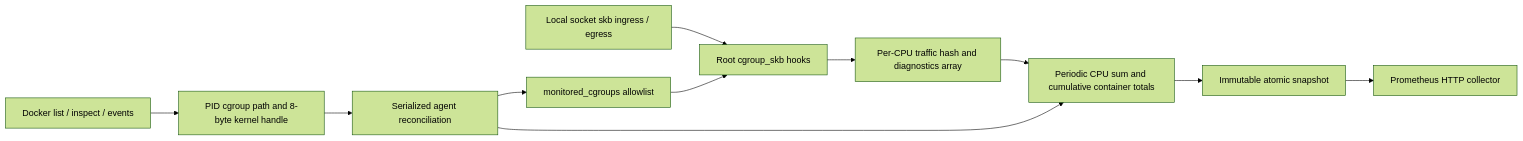
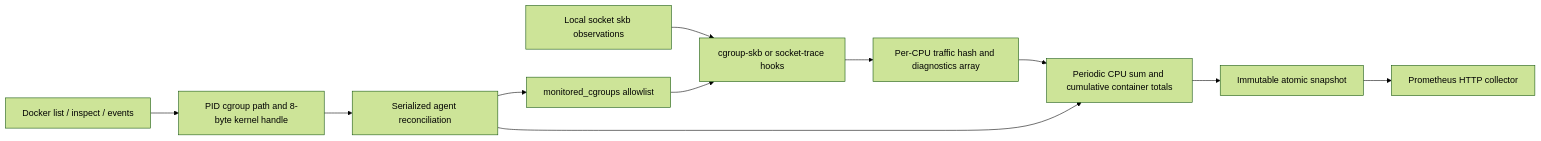
The diagram in docs/architecture.md (AllenxuX/luna-ebpf), drawn with Mermaid (forest theme) before and after one commit. The commit also changed other lines of this file and 45 other files, not shown here.

Commit message:
feat: support cgroup v1 socket-based traffic collection

````diff
--- a/docs/architecture.md
+++ b/docs/architecture.md
@@ -3,13 +3,13 @@
 ```mermaid
 flowchart LR
   D[Docker list / inspect / events] --> R[PID cgroup path and 8-byte kernel handle]
   R --> A[Serialized agent reconciliation]
   A --> L[monitored_cgroups allowlist]
-  S[Local socket skb ingress / egress] --> B[Root cgroup_skb hooks]
+  S[Local socket skb observations] --> B[cgroup-skb or socket-trace hooks]
   L --> B
   B --> T[Per-CPU traffic hash and diagnostics array]
   T --> P[Periodic CPU sum and cumulative container totals]
   A --> P
   P --> I[Immutable atomic snapshot]
   I --> H[Prometheus HTTP collector]
 ```
````
